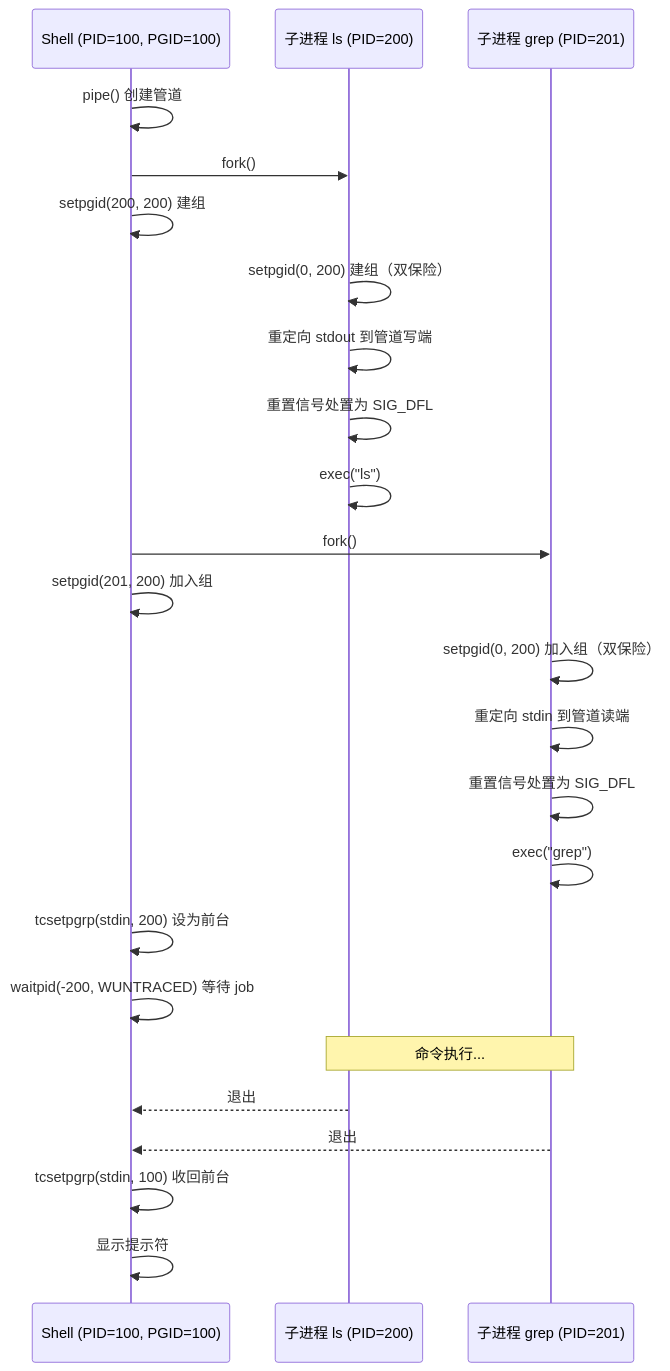
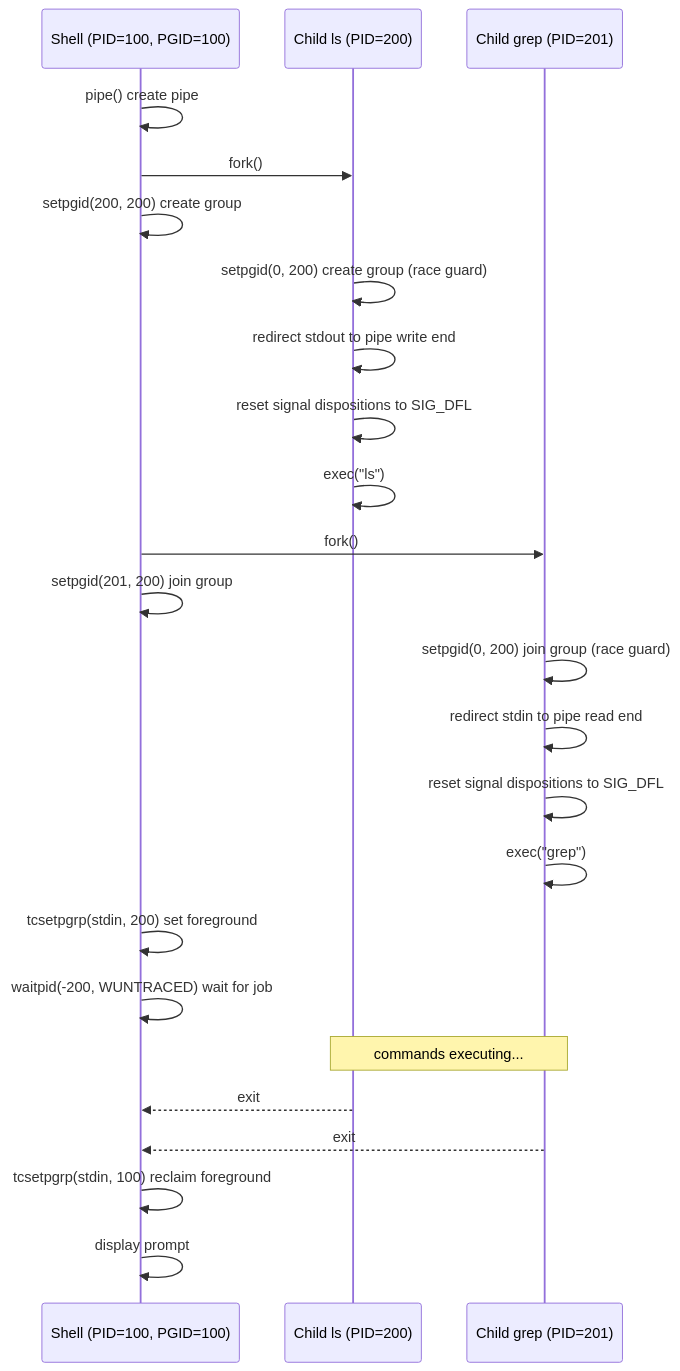
One commit to lilhammerfun/hands-on-os changed the third of 3 diagrams in course/process/03-process-group.md. Above: the diagram before and after it, drawn with Mermaid. The commit also changed other lines of this file and 3 other files, not shown here.

````diff
--- a/course/process/03-process-group.md
+++ b/course/process/03-process-group.md
@@ -263,33 +263,33 @@
 ```mermaid
 sequenceDiagram
     participant SH as Shell (PID=100, PGID=100)
-    participant C1 as 子进程 ls (PID=200)
-    participant C2 as 子进程 grep (PID=201)
+    participant C1 as Child ls (PID=200)
+    participant C2 as Child grep (PID=201)
 
-    SH->>SH: pipe() 创建管道
+    SH->>SH: pipe() create pipe
 
 
     SH->>C1: fork()
-    SH->>SH: setpgid(200, 200) 建组
-    C1->>C1: setpgid(0, 200) 建组（双保险）
-    C1->>C1: 重定向 stdout 到管道写端
-    C1->>C1: 重置信号处置为 SIG_DFL
+    SH->>SH: setpgid(200, 200) create group
+    C1->>C1: setpgid(0, 200) create group (race guard)
+    C1->>C1: redirect stdout to pipe write end
+    C1->>C1: reset signal dispositions to SIG_DFL
     C1->>C1: exec("ls")
 
     SH->>C2: fork()
-    SH->>SH: setpgid(201, 200) 加入组
-    C2->>C2: setpgid(0, 200) 加入组（双保险）
-    C2->>C2: 重定向 stdin 到管道读端
-    C2->>C2: 重置信号处置为 SIG_DFL
+    SH->>SH: setpgid(201, 200) join group
+    C2->>C2: setpgid(0, 200) join group (race guard)
+    C2->>C2: redirect stdin to pipe read end
+    C2->>C2: reset signal dispositions to SIG_DFL
     C2->>C2: exec("grep")
 
-    SH->>SH: tcsetpgrp(stdin, 200) 设为前台
-    SH->>SH: waitpid(-200, WUNTRACED) 等待 job
+    SH->>SH: tcsetpgrp(stdin, 200) set foreground
+    SH->>SH: waitpid(-200, WUNTRACED) wait for job
 
-    Note over C1,C2: 命令执行...
+    Note over C1,C2: commands executing...
 
-    C1-->>SH: 退出
-    C2-->>SH: 退出
-    SH->>SH: tcsetpgrp(stdin, 100) 收回前台
-    SH->>SH: 显示提示符
+    C1-->>SH: exit
+    C2-->>SH: exit
+    SH->>SH: tcsetpgrp(stdin, 100) reclaim foreground
+    SH->>SH: display prompt
 ```
````
